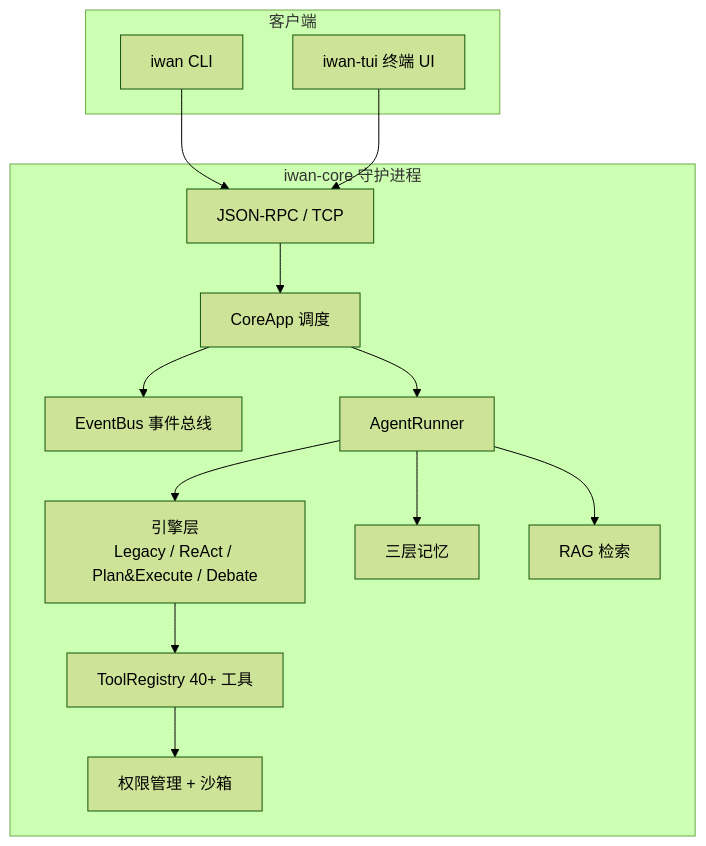
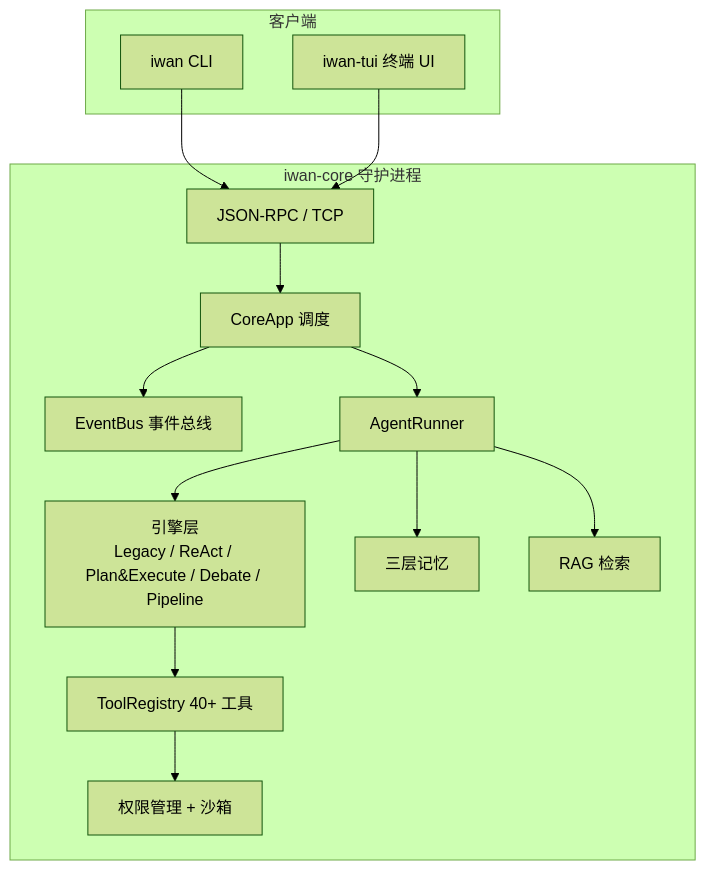
The diagram in README.md (longer1225/IwanClaude), drawn with Mermaid (forest theme) before and after one commit. The commit also changed other lines of this file and 5 other files, not shown here.

````diff
--- a/README.md
+++ b/README.md
@@ -34,28 +34,28 @@
 ```mermaid
 graph TB
     subgraph Client["客户端"]
         CLI["iwan CLI"]
         TUI["iwan-tui 终端 UI"]
     end
     subgraph Daemon["iwan-core 守护进程"]
         IPC["JSON-RPC / TCP"]
         APP["CoreApp 调度"]
         BUS["EventBus 事件总线"]
         RUNNER["AgentRunner"]
-        ENG["引擎层<br/>Legacy / ReAct / Plan&Execute / Debate"]
+        ENG["引擎层<br/>Legacy / ReAct / Plan&Execute / Debate / Pipeline"]
         TOOLS["ToolRegistry 40+ 工具"]
         PERM["权限管理 + 沙箱"]
         MEM["三层记忆"]
         RAG["RAG 检索"]
     end
     CLI --> IPC
     TUI --> IPC
     IPC --> APP
     APP --> BUS
     APP --> RUNNER
     RUNNER --> ENG
     ENG --> TOOLS
     TOOLS --> PERM
     RUNNER --> MEM
     RUNNER --> RAG
 ```
````
